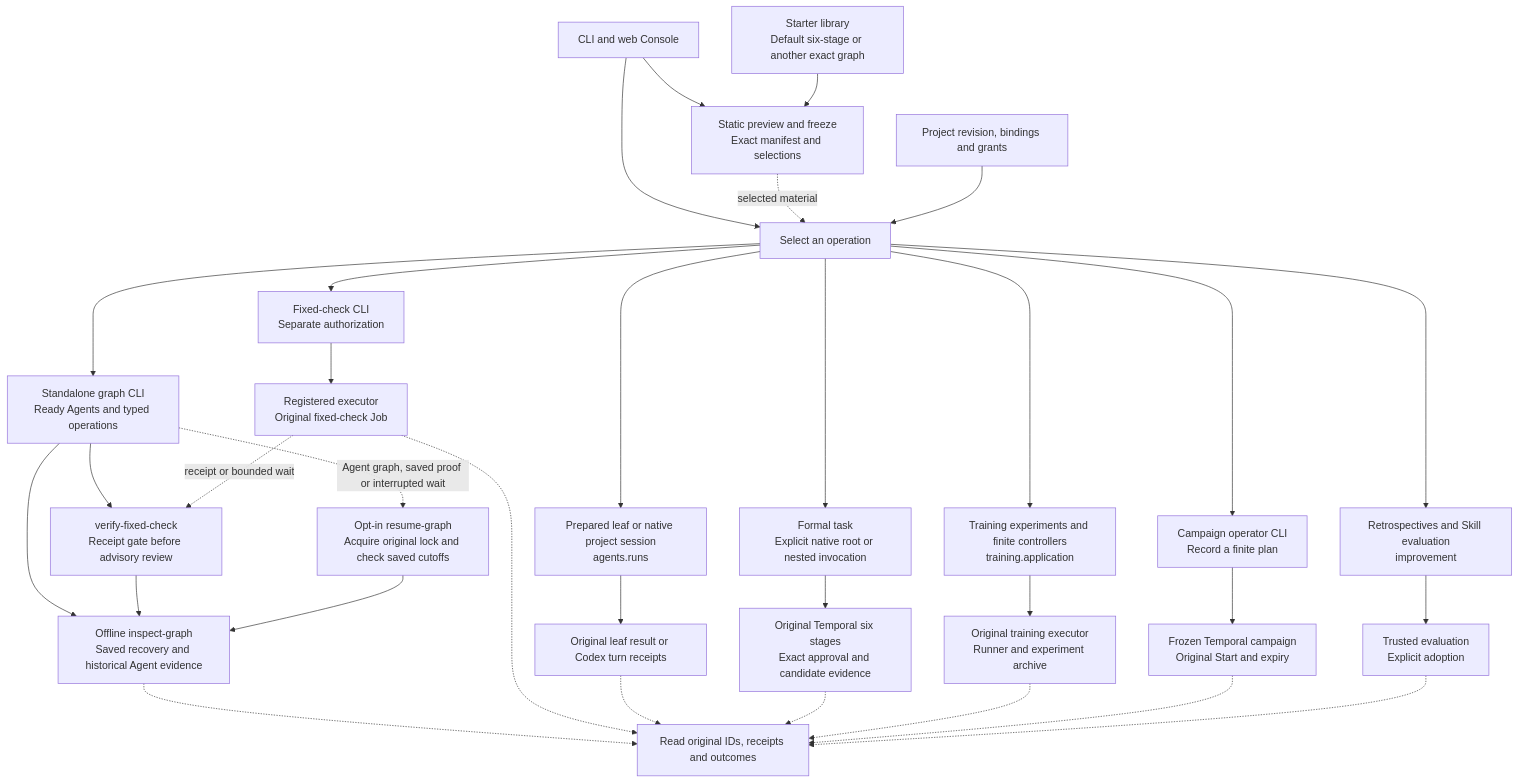
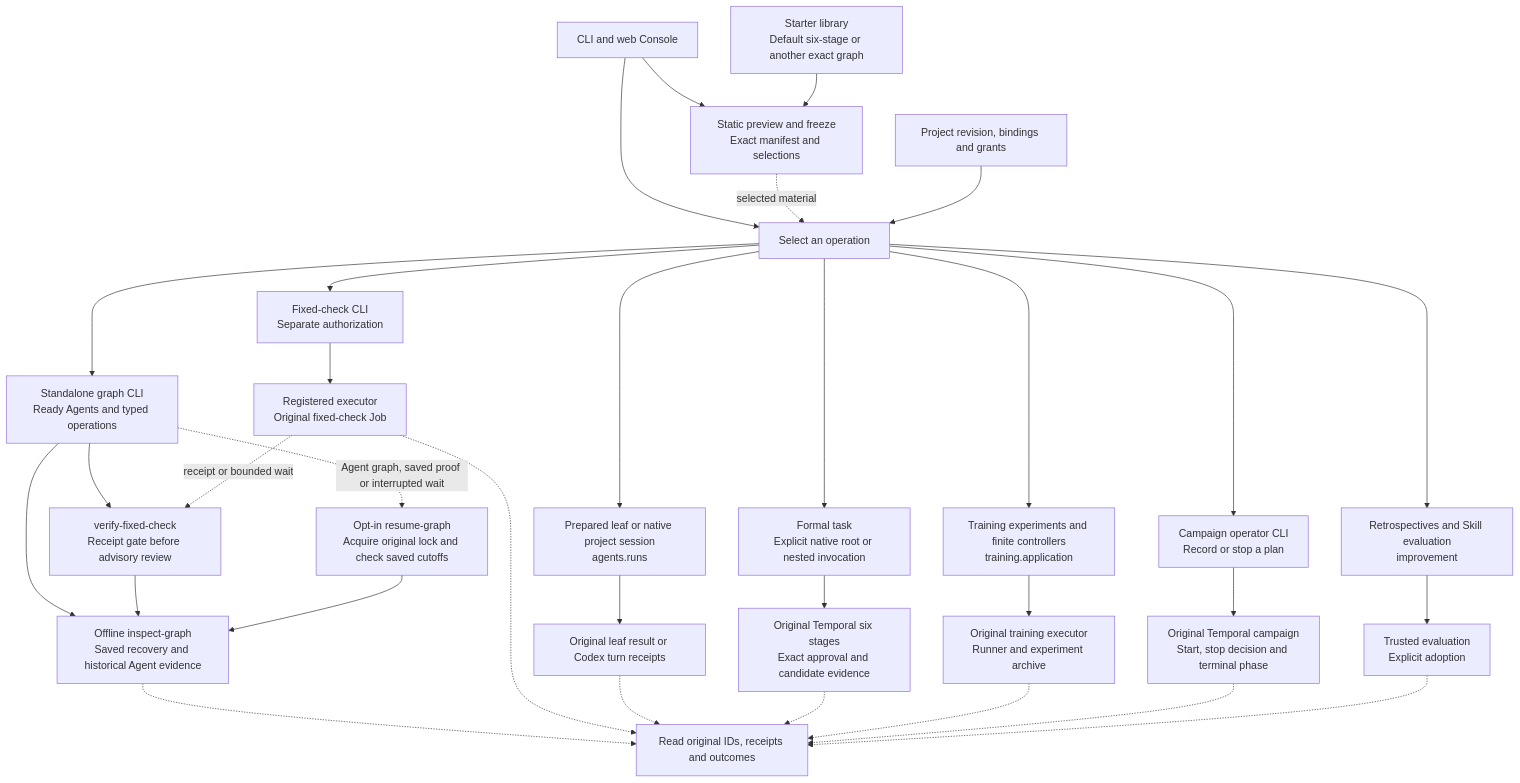
One commit to 626619403/Ergora changed the diagram in docs/architecture/framework-tour.md. Above: the diagram before and after it, drawn with Mermaid. The commit also changed other lines of this file and 6 other files, not shown here.

Commit message:
Document local campaign stop and original evidence

````diff
--- a/docs/architecture/framework-tour.md
+++ b/docs/architecture/framework-tour.md
@@ -13,37 +13,37 @@
 ```mermaid
 flowchart TB
   Entry["CLI and web Console"] --> Select["Select an operation"]
   Entry --> Freeze["Static preview and freeze<br/>Exact manifest and selections"]
   Assets["Starter library<br/>Default six-stage or another exact graph"] --> Freeze
   Freeze -. "selected material" .-> Select
   Config["Project revision, bindings and grants"] --> Select
 
   Select --> Check["Fixed-check CLI<br/>Separate authorization"]
   Select --> Graph["Standalone graph CLI<br/>Ready Agents and typed operations"]
   Select --> Session["Prepared leaf or native project session<br/>agents.runs"]
   Select --> Dev["Formal task<br/>Explicit native root or nested invocation"]
   Select --> Train["Training experiments and finite controllers<br/>training.application"]
-  Select --> Campaign["Campaign operator CLI<br/>Record a finite plan"]
+  Select --> Campaign["Campaign operator CLI<br/>Record or stop a plan"]
   Select --> Improve["Retrospectives and Skill evaluation<br/>improvement"]
 
   Check --> CheckJob["Registered executor<br/>Original fixed-check Job"]
   Graph --> GraphProof["Offline inspect-graph<br/>Saved recovery and historical Agent evidence"]
   Graph --> Gate["verify-fixed-check<br/>Receipt gate before advisory review"]
   CheckJob -. "receipt or bounded wait" .-> Gate
   Gate --> GraphProof
   Graph -. "Agent graph, saved proof or interrupted wait" .-> Resume["Opt-in resume-graph<br/>Acquire original lock and check saved cutoffs"]
   Resume --> GraphProof
   Session --> Turn["Original leaf result or Codex turn receipts"]
   Dev --> Six["Original Temporal six stages<br/>Exact approval and candidate evidence"]
   Train --> Runner["Original training executor<br/>Runner and experiment archive"]
-  Campaign --> CampaignRun["Frozen Temporal campaign<br/>Original Start and expiry"]
+  Campaign --> CampaignRun["Original Temporal campaign<br/>Start, stop decision and terminal phase"]
   Improve --> Eval["Trusted evaluation<br/>Explicit adoption"]
 
   GraphProof -.-> Recover["Read original IDs, receipts and outcomes"]
   CheckJob -.-> Recover
   Turn -.-> Recover
   Six -.-> Recover
   Runner -.-> Recover
   CampaignRun -.-> Recover
   Eval -.-> Recover
 ```
````
